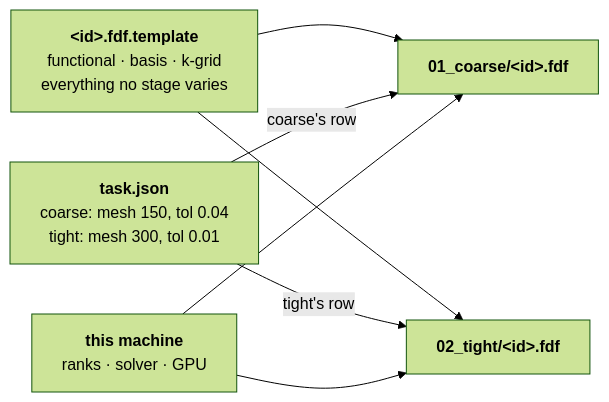
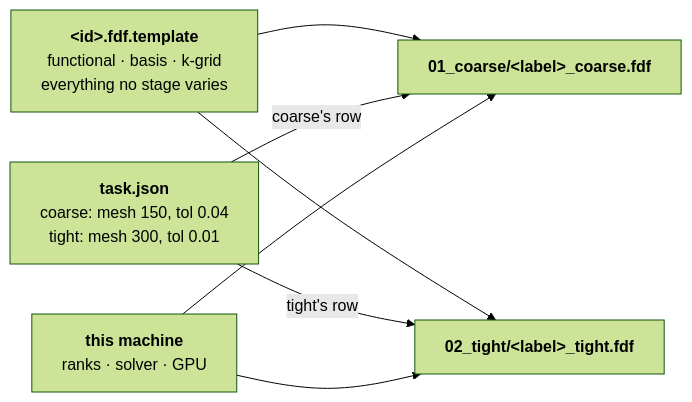
Before and after one commit to Qing-LAB/molbuilder: the diagram in docs/engines/stages.md, drawn with Mermaid (forest theme). The commit also changed other lines of this file and 9 other files, not shown here.

````diff
--- a/docs/engines/stages.md
+++ b/docs/engines/stages.md
@@ -939,14 +945,14 @@
 ```mermaid
 flowchart LR
     T["<b>&lt;id&gt;.fdf.template</b><br/>functional · basis · k-grid<br/>everything no stage varies"]
     J["<b>task.json</b><br/>coarse: mesh 150, tol 0.04<br/>tight:  mesh 300, tol 0.01"]
     M["<b>this machine</b><br/>ranks · solver · GPU"]
-    DC["<b>01_coarse/&lt;id&gt;.fdf</b>"]
-    DT["<b>02_tight/&lt;id&gt;.fdf</b>"]
+    DC["<b>01_coarse/&lt;label&gt;_coarse.fdf</b>"]
+    DT["<b>02_tight/&lt;label&gt;_tight.fdf</b>"]
     T --> DC
     T --> DT
     J -->|"coarse's row"| DC
     J -->|"tight's row"| DT
     M --> DC
     M --> DT
 ```
````
